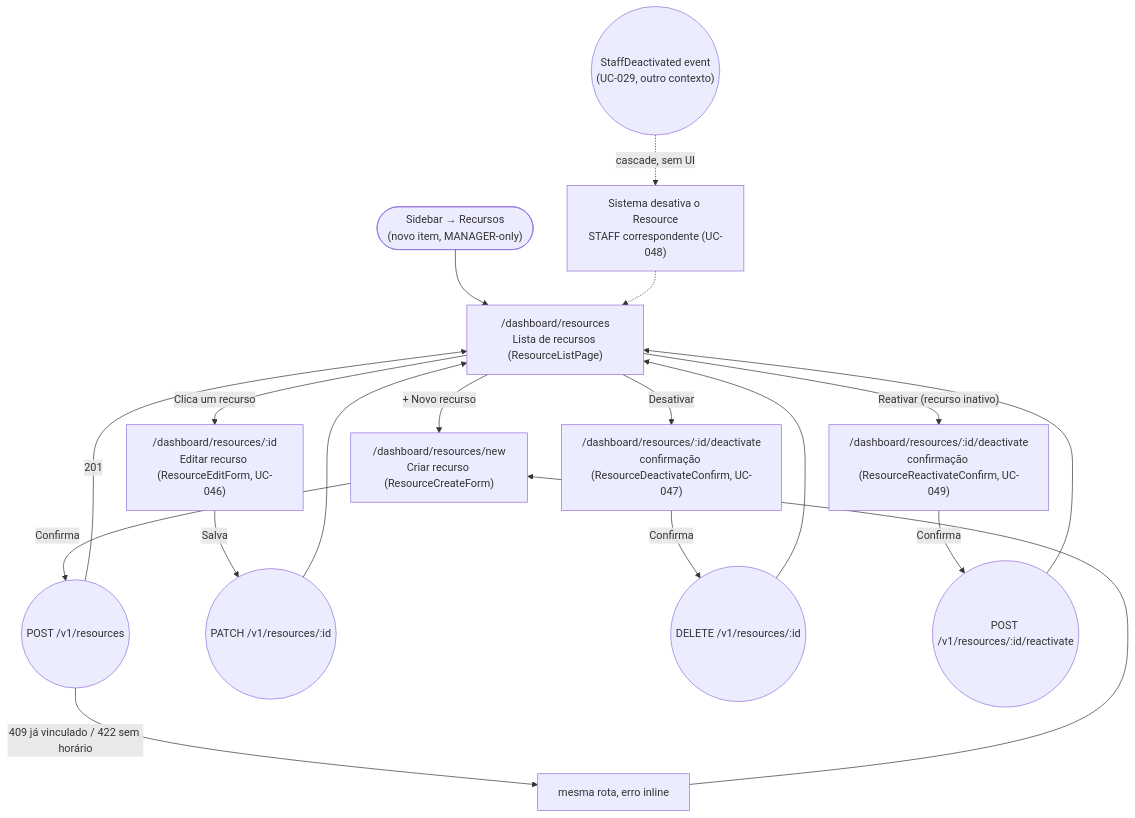
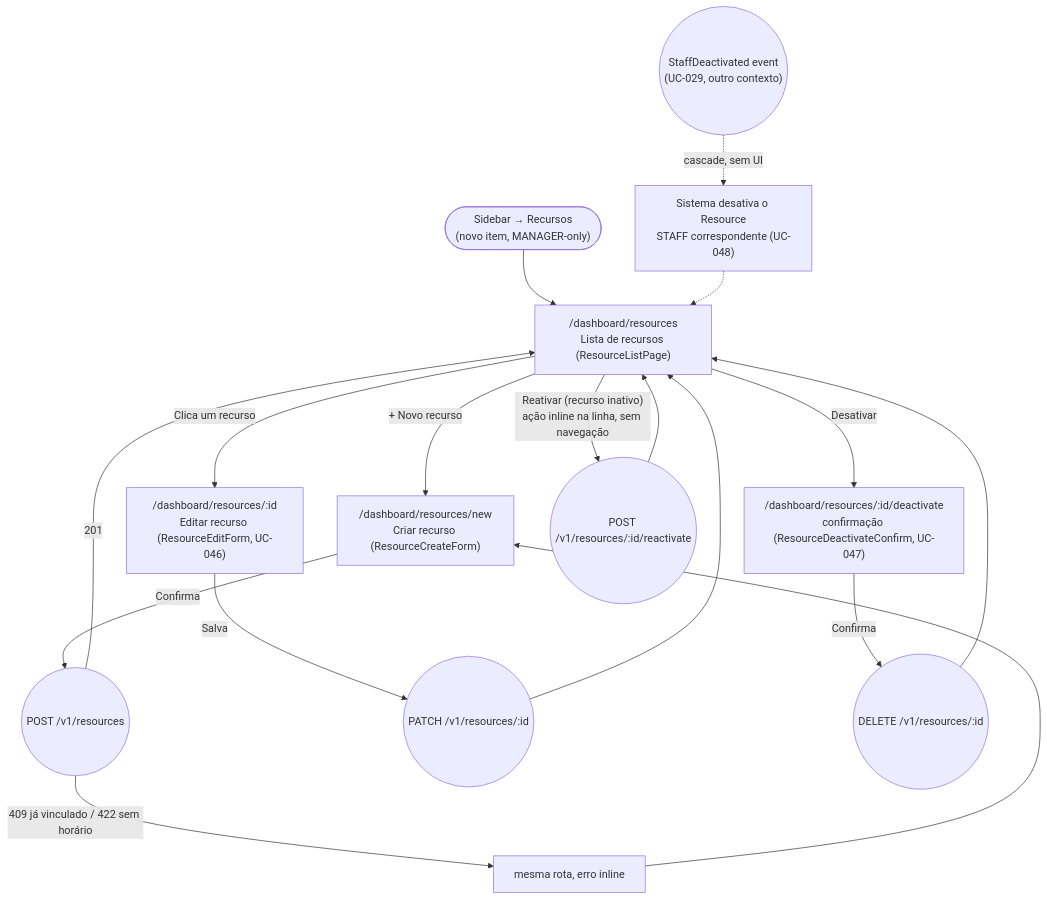
Before and after one commit to lmmoreira/ikaro: the diagram in plan/journey/manager/resources.md, drawn with Mermaid. The commit also changed other lines of this file and 16 other files, not shown here.

````diff
--- a/plan/journey/manager/resources.md
+++ b/plan/journey/manager/resources.md
@@ -12,25 +12,24 @@
 ```mermaid
 flowchart TD
     Start(["Sidebar → Recursos<br/>(novo item, MANAGER-only)"]) --> List["/dashboard/resources<br/>Lista de recursos (ResourceListPage)"]
 
     List -->|"+ Novo recurso"| Create["/dashboard/resources/new<br/>Criar recurso (ResourceCreateForm)"]
     Create -->|"Confirma"| CreateCall(("POST /v1/resources"))
     CreateCall -->|"201"| List
     CreateCall -->|"409 já vinculado / 422 sem horário"| CreateErr["mesma rota, erro inline"]
     CreateErr --> Create
 
     List -->|"Clica um recurso"| EditResource["/dashboard/resources/:id<br/>Editar recurso (ResourceEditForm, UC-046)"]
     EditResource -->|"Salva"| EditCall(("PATCH /v1/resources/:id"))
     EditCall --> List
 
     List -->|"Desativar"| Deactivate["/dashboard/resources/:id/deactivate<br/>confirmação (ResourceDeactivateConfirm, UC-047)"]
     Deactivate -->|"Confirma"| DeactivateCall(("DELETE /v1/resources/:id"))
     DeactivateCall --> List
 
-    List -->|"Reativar (recurso inativo)"| Reactivate["/dashboard/resources/:id/deactivate<br/>confirmação (ResourceReactivateConfirm, UC-049)"]
-    Reactivate -->|"Confirma"| ReactivateCall(("POST /v1/resources/:id/reactivate"))
+    List -->|"Reativar (recurso inativo)<br/>ação inline na linha, sem navegação"| ReactivateCall(("POST /v1/resources/:id/reactivate"))
     ReactivateCall --> List
 
     StaffDeactivated(("StaffDeactivated event<br/>(UC-029, outro contexto)")) -.->|"cascade, sem UI"| CascadeNote["Sistema desativa o Resource<br/>STAFF correspondente (UC-048)"]
     CascadeNote -.-> List
 ```
````
